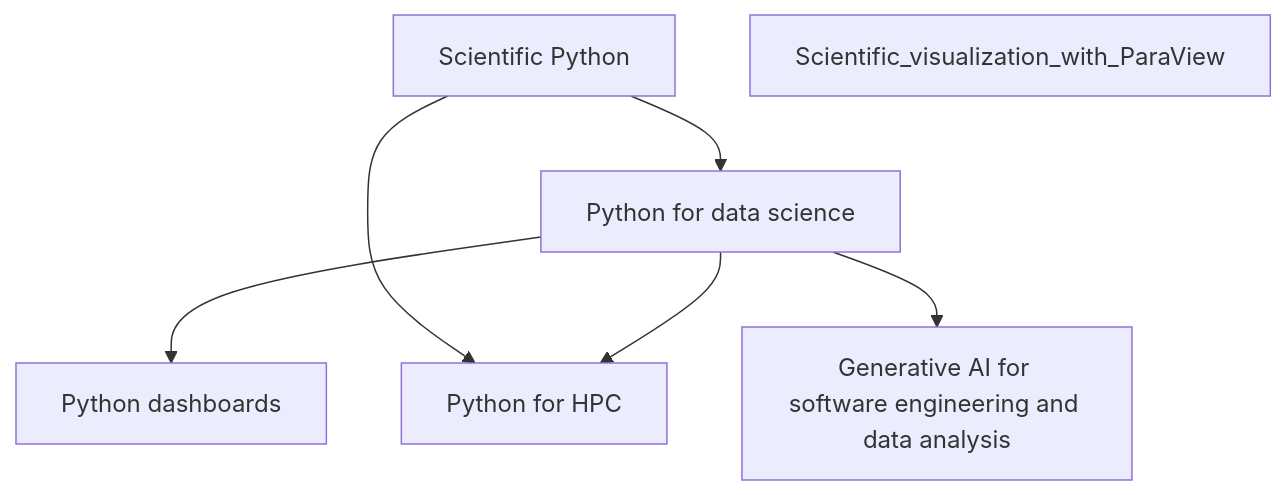
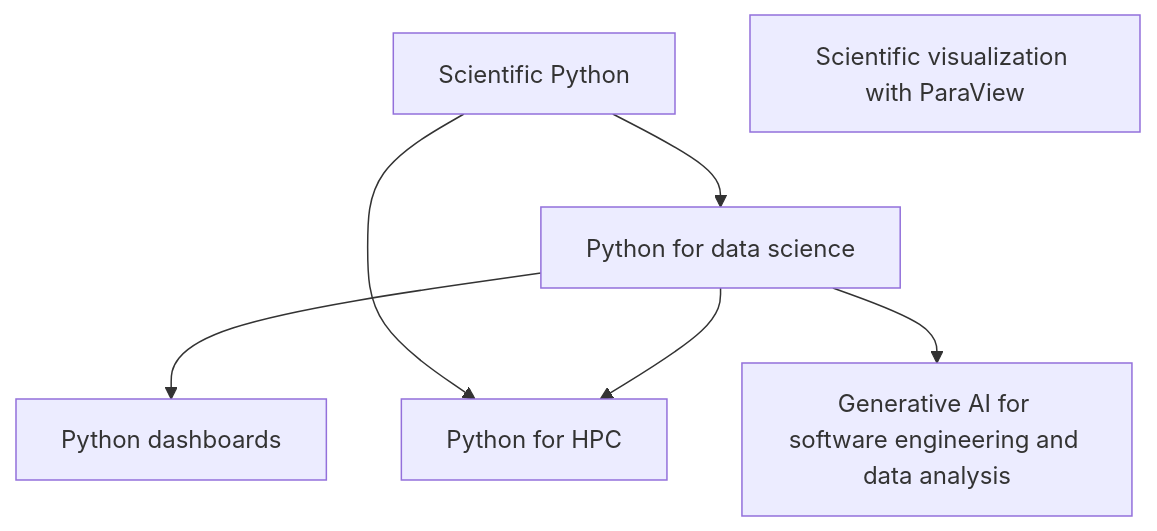
One commit to gjbex/Training-sessions changed the diagram in docs/data_analysis_and_visualization.md. Above: the diagram before and after it, drawn with Mermaid. The commit also changed 1 other file, not shown here.

````diff
--- a/docs/data_analysis_and_visualization.md
+++ b/docs/data_analysis_and_visualization.md
@@ -6,15 +6,15 @@
 ```mermaid
 graph TD
   Scientific_python[Scientific Python] --> Python_for_data_science[Python for data science]
   Python_for_data_science --> Python_dashboards[Python dashboards]
   Scientific_python --> Python_for_HPC[Python for HPC]
   Python_for_data_science --> Python_for_HPC
   Python_for_data_science --> Generative_ai_for_software_engineering_and_data_analysis[Generative AI for software engineering and data analysis]
-  Scientific_visualization_with_ParaView
+  Scientific_visualization_with_ParaView[Scientific visualization with ParaView]
   click Scientific_python "https://gjbex.github.io/Scientific-Python/" "Scientific Python"
   click Generative_ai_for_software_engineering_and_data_analysis "/generative_ai_for_software_engineering_and_data_analysis" "Generative AI for software engineering and data analysis"
   click Scientific_visualization_with_ParaView "/scientific_visualization_with_paraview" "Scientific visualization with ParaView"
   click Python_dashboards "https://gjbex.github.io/Python-dashboards/" "Python dashboards"
   click Python_for_HPC "https://gjbex.github.io/Python-for-HPC/" "Python for HPC"
   click Python_for_data_science "https://gjbex.github.io/Python-for-data-science/" "Python for data science"
 ```
````
